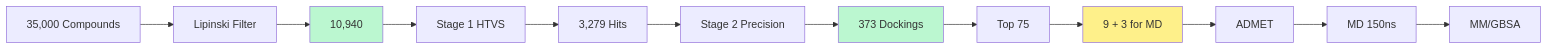
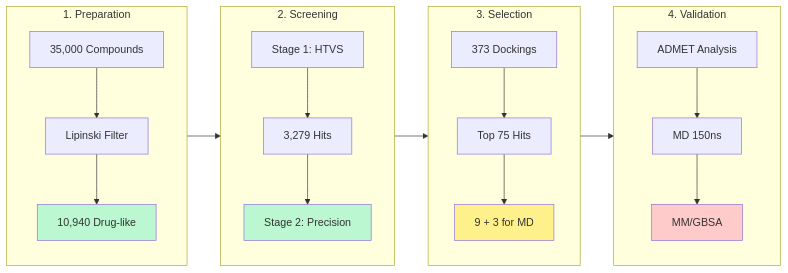
One commit to Ayush75-code/GPR55-Antagonist-Discovery changed the diagram in README.md. Above: the diagram before and after it, drawn with Mermaid.

Commit message:
style: Update workflow diagram to 4-column grid layout

````diff
--- a/README.md
+++ b/README.md
@@ -26,12 +26,39 @@
 ```mermaid
 flowchart LR
-    A[35,000 Compounds] --> B[Lipinski Filter] --> C[10,940]
-    C --> D[Stage 1 HTVS] --> E[3,279 Hits]
-    E --> F[Stage 2 Precision] --> G[373 Dockings]
-    G --> H[Top 75] --> I[9 + 3 for MD]
-    I --> J[ADMET] --> K[MD 150ns] --> L[MM/GBSA]
+    %% Column 1: Prep
+    subgraph COL1 [1. Preparation]
+        direction TB
+        A[35,000 Compounds] --> B[Lipinski Filter]
+        B --> C[10,940 Drug-like]
+    end
     
+    %% Column 2: Screening
+    subgraph COL2 [2. Screening]
+        direction TB
+        D[Stage 1: HTVS] --> E[3,279 Hits]
+        E --> F[Stage 2: Precision]
+    end
+    
+    %% Column 3: Selection
+    subgraph COL3 [3. Selection]
+        direction TB
+        G[373 Dockings] --> H[Top 75 Hits]
+        H --> I[9 + 3 for MD]
+    end
+    
+    %% Column 4: Validation
+    subgraph COL4 [4. Validation]
+        direction TB
+        J[ADMET Analysis] --> K[MD 150ns]
+        K --> L[MM/GBSA]
+    end
+
+    %% Link Columns
+    COL1 --> COL2 --> COL3 --> COL4
+    
+    %% Styling
     style C fill:#bbf7d0
-    style G fill:#bbf7d0
+    style F fill:#bbf7d0
     style I fill:#fef08a
+    style L fill:#fecaca
 ```
````
